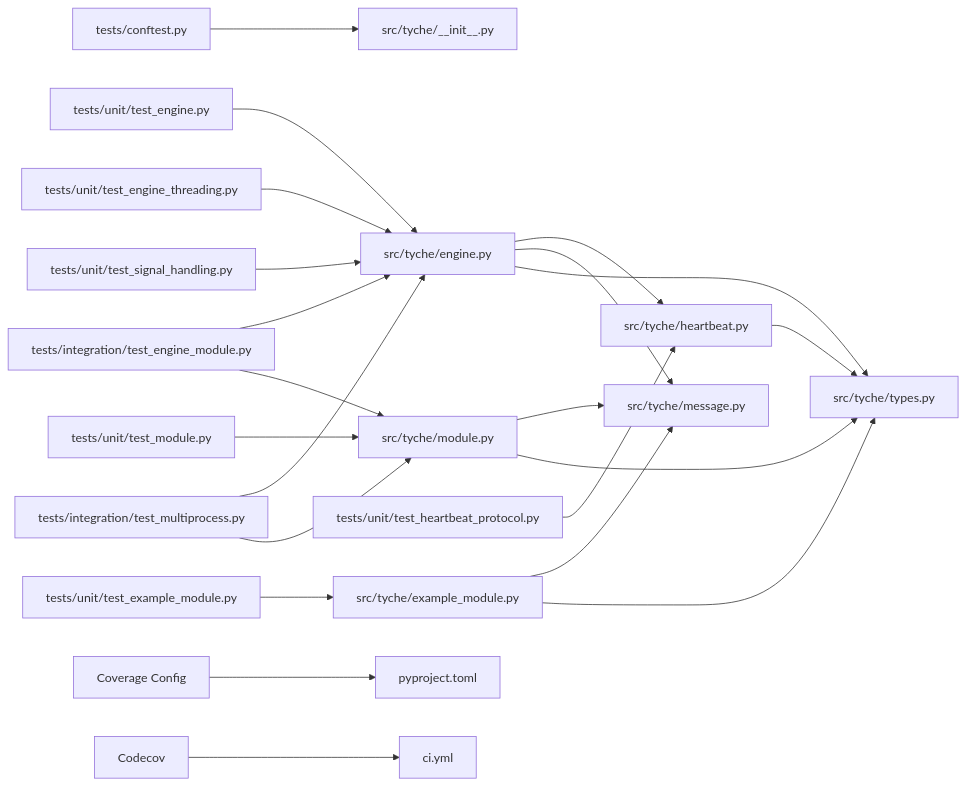
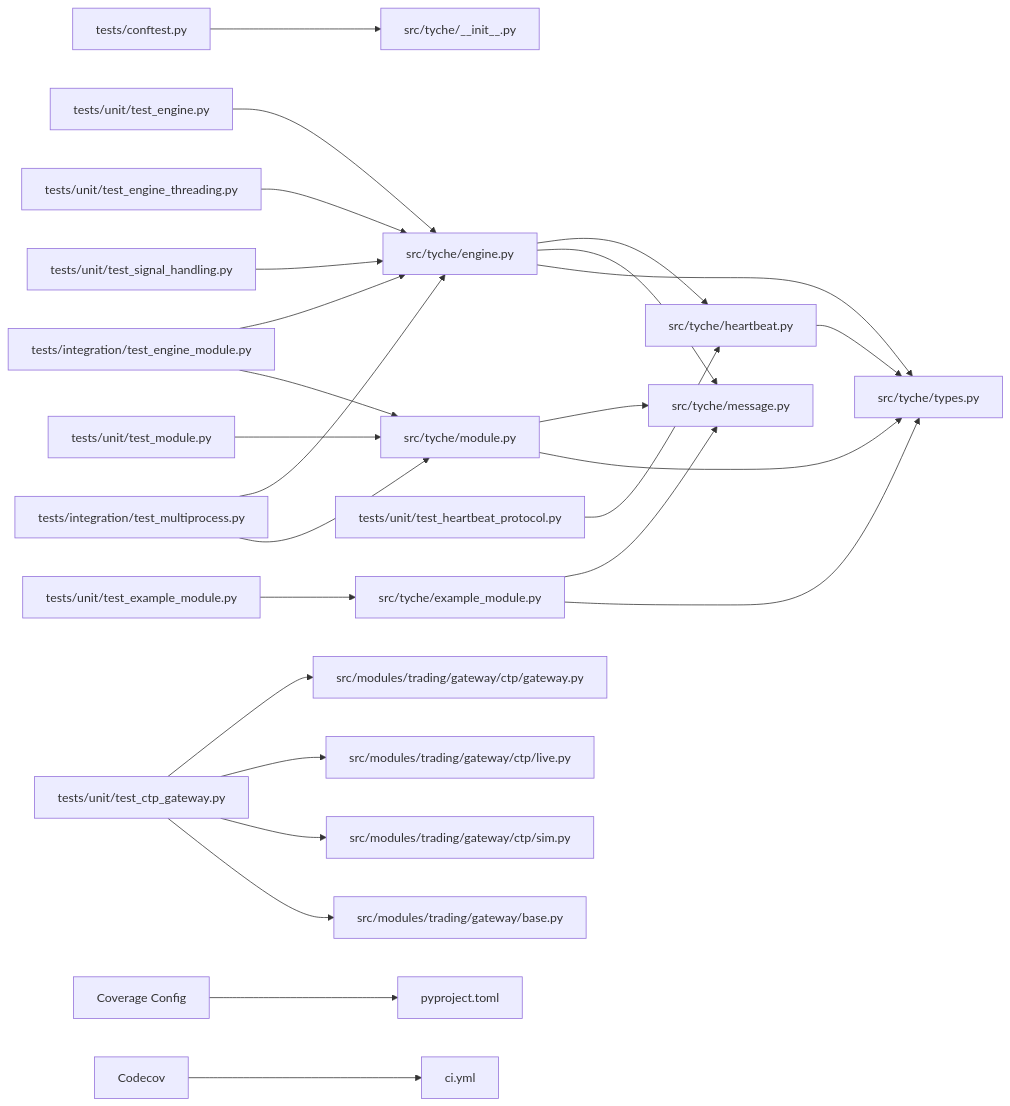
One commit to zt281/TycheEngine changed the third of 4 diagrams in .qoder/repowiki/en/content/Testing and Development.md. Above: the diagram before and after it, drawn with Mermaid. The commit also changed other lines of this file and 4 other files, not shown here.

````diff
--- a/.qoder/repowiki/en/content/Testing and Development.md
+++ b/.qoder/repowiki/en/content/Testing and Development.md
@@ -514,24 +674,28 @@
 ```mermaid
 graph LR
 T["tests/conftest.py"] --> I["src/tyche/__init__.py"]
 U1["tests/unit/test_engine.py"] --> E["src/tyche/engine.py"]
 U2["tests/unit/test_module.py"] --> M["src/tyche/module.py"]
 U3["tests/unit/test_engine_threading.py"] --> E
 U4["tests/unit/test_signal_handling.py"] --> E
 U5["tests/unit/test_heartbeat_protocol.py"] --> HB["src/tyche/heartbeat.py"]
+U6["tests/unit/test_ctp_gateway.py"] --> CTPG["src/modules/trading/gateway/ctp/gateway.py"]
+U6 --> CTPL["src/modules/trading/gateway/ctp/live.py"]
+U6 --> CTPS["src/modules/trading/gateway/ctp/sim.py"]
+U6 --> BG["src/modules/trading/gateway/base.py"]
 I1["tests/integration/test_engine_module.py"] --> E
 I1 --> M
 I2["tests/integration/test_multiprocess.py"] --> E
 I2 --> M
 E --> HB
 E --> MSG["src/tyche/message.py"]
 E --> TP["src/tyche/types.py"]
 M --> MSG
 M --> TP
 EM["tests/unit/test_example_module.py"] --> EMOD["src/tyche/example_module.py"]
 EMOD --> MSG
 EMOD --> TP
 HB --> TP
 C["Coverage Config"] --> P["pyproject.toml"]
 CE["Codecov"] --> W["ci.yml"]
 ```
````
